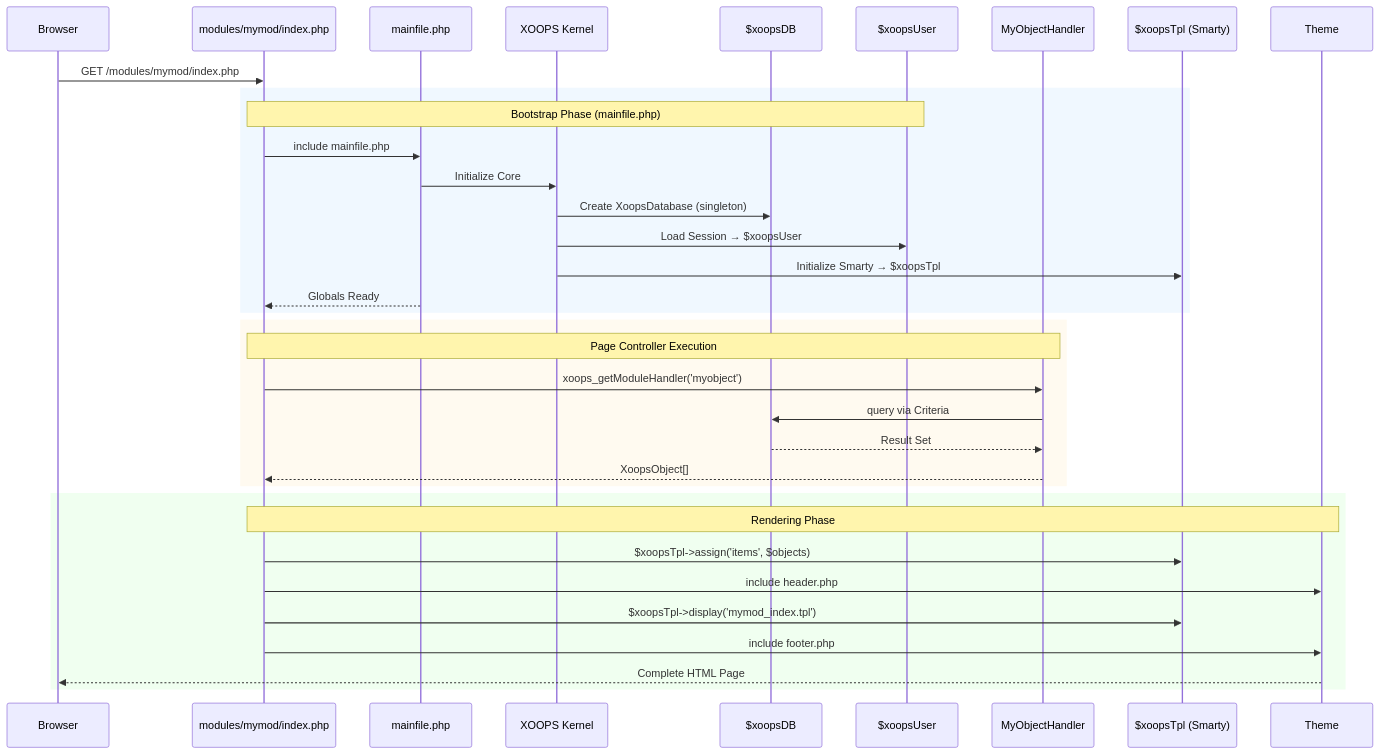
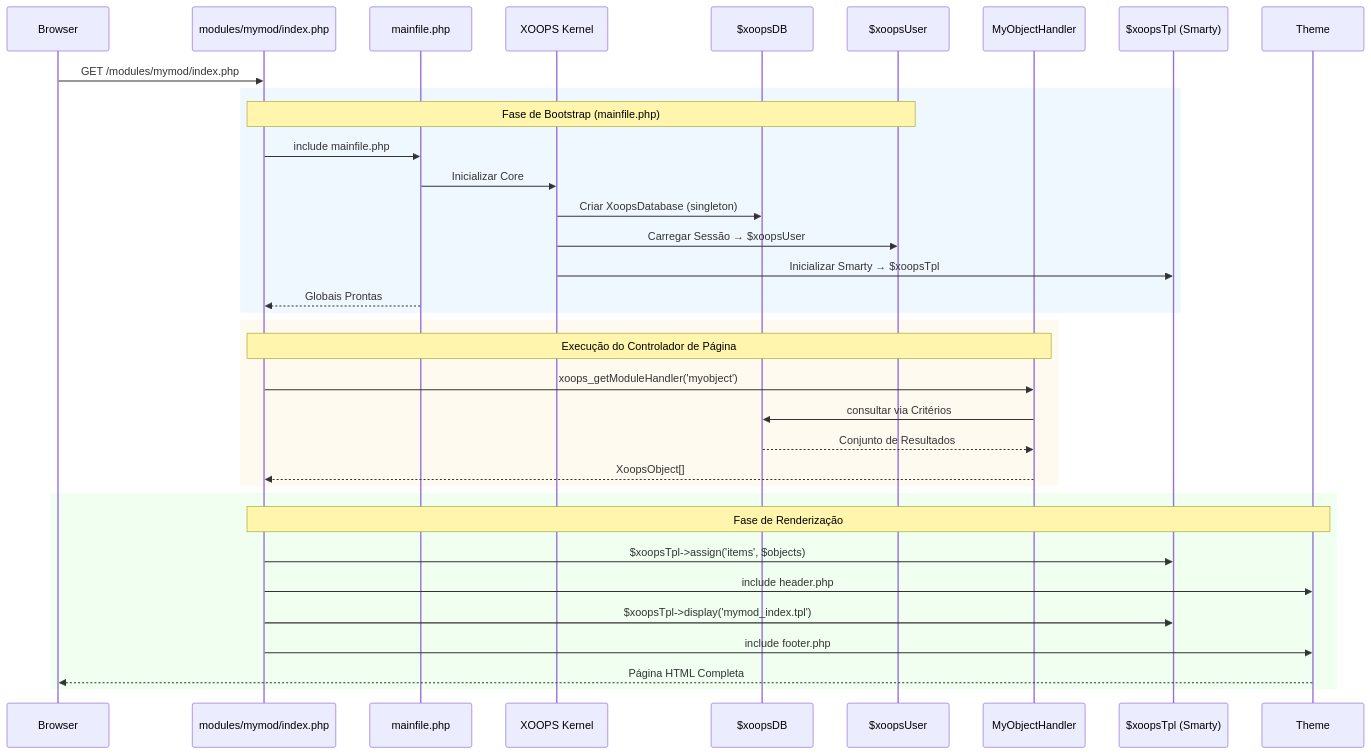
One commit to mambax7/xoops-docs changed the second of 2 diagrams in apps/docs-27/src/content/docs/pt/core-concepts/architecture.md. Above: the diagram before and after it, drawn with Mermaid. The commit also changed other lines of this file and 162 other files, not shown here.

````diff
--- a/apps/docs-27/src/content/docs/pt/core-concepts/architecture.md
+++ b/apps/docs-27/src/content/docs/pt/core-concepts/architecture.md
@@ -103,41 +103,41 @@
 ```mermaid
 sequenceDiagram
     participant Browser
     participant Entry as modules/mymod/index.php
     participant Main as mainfile.php
     participant Kernel as XOOPS Kernel
     participant DB as $xoopsDB
     participant User as $xoopsUser
     participant Handler as MyObjectHandler
     participant Tpl as $xoopsTpl (Smarty)
     participant Theme
 
     Browser->>Entry: GET /modules/mymod/index.php
 
     rect rgb(240, 248, 255)
-        Note over Entry,User: Bootstrap Phase (mainfile.php)
+        Note over Entry,User: Fase de Bootstrap (mainfile.php)
         Entry->>Main: include mainfile.php
-        Main->>Kernel: Initialize Core
-        Kernel->>DB: Create XoopsDatabase (singleton)
-        Kernel->>User: Load Session → $xoopsUser
-        Kernel->>Tpl: Initialize Smarty → $xoopsTpl
-        Main-->>Entry: Globals Ready
+        Main->>Kernel: Inicializar Core
+        Kernel->>DB: Criar XoopsDatabase (singleton)
+        Kernel->>User: Carregar Sessão → $xoopsUser
+        Kernel->>Tpl: Inicializar Smarty → $xoopsTpl
+        Main-->>Entry: Globais Prontas
     end
 
     rect rgb(255, 250, 240)
-        Note over Entry,Handler: Page Controller Execution
+        Note over Entry,Handler: Execução do Controlador de Página
         Entry->>Handler: xoops_getModuleHandler('myobject')
-        Handler->>DB: query via Criteria
-        DB-->>Handler: Result Set
+        Handler->>DB: consultar via Critérios
+        DB-->>Handler: Conjunto de Resultados
         Handler-->>Entry: XoopsObject[]
     end
 
     rect rgb(240, 255, 240)
-        Note over Entry,Theme: Rendering Phase
+        Note over Entry,Theme: Fase de Renderização
         Entry->>Tpl: $xoopsTpl->assign('items', $objects)
         Entry->>Theme: include header.php
         Entry->>Tpl: $xoopsTpl->display('mymod_index.tpl')
         Entry->>Theme: include footer.php
-        Theme-->>Browser: Complete HTML Page
+        Theme-->>Browser: Página HTML Completa
     end
 ```
````
